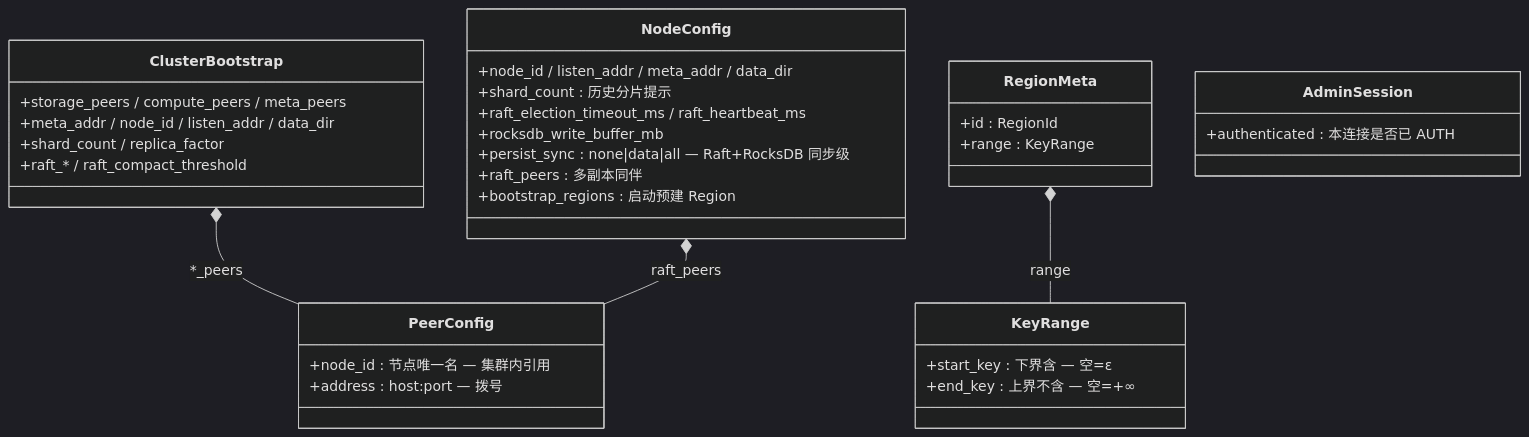
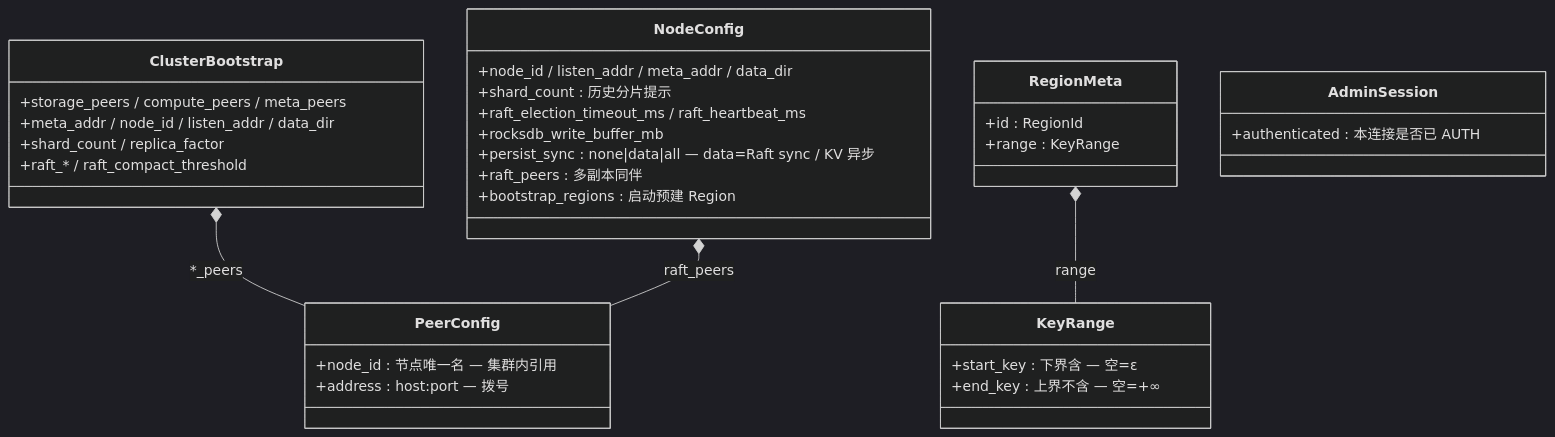
The first of 3 diagrams in docs/topology/COMMON_DATA_TOPOLOGY.md (devotionalist/openkv), drawn with Mermaid (dark theme) before and after one commit. The commit also changed 15 other files, not shown here.

First line of the commit message:
Default durability to Raft-log sync with async KV apply.

````diff
--- a/docs/topology/COMMON_DATA_TOPOLOGY.md
+++ b/docs/topology/COMMON_DATA_TOPOLOGY.md
@@ -11,44 +11,44 @@
 ```mermaid
 classDiagram
   direction TB
 
   class PeerConfig {
     +node_id : 节点唯一名 — 集群内引用
     +address : host:port — 拨号
   }
 
   class NodeConfig {
     +node_id / listen_addr / meta_addr / data_dir
     +shard_count : 历史分片提示
     +raft_election_timeout_ms / raft_heartbeat_ms
     +rocksdb_write_buffer_mb
-    +persist_sync : none|data|all — Raft+RocksDB 同步级
+    +persist_sync : none|data|all — data=Raft sync / KV 异步
     +raft_peers : 多副本同伴
     +bootstrap_regions : 启动预建 Region
   }
 
   class ClusterBootstrap {
     +storage_peers / compute_peers / meta_peers
     +meta_addr / node_id / listen_addr / data_dir
     +shard_count / replica_factor
     +raft_* / raft_compact_threshold
   }
 
   class KeyRange {
     +start_key : 下界含 — 空=ε
     +end_key : 上界不含 — 空=+∞
   }
 
   class RegionMeta {
     +id : RegionId
     +range : KeyRange
   }
 
   class AdminSession {
     +authenticated : 本连接是否已 AUTH
   }
 
   ClusterBootstrap *-- PeerConfig : *_peers
   NodeConfig *-- PeerConfig : raft_peers
   RegionMeta *-- KeyRange : range
 ```
````
